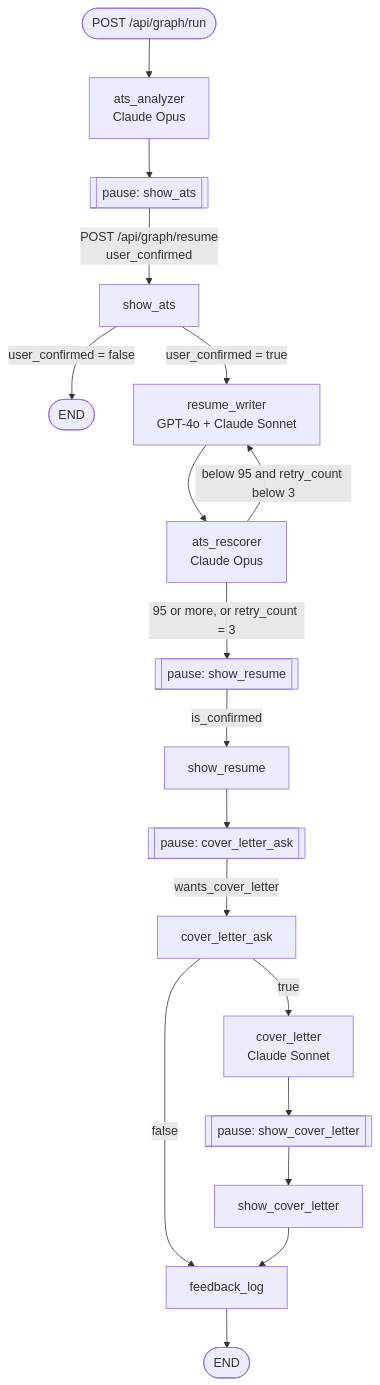
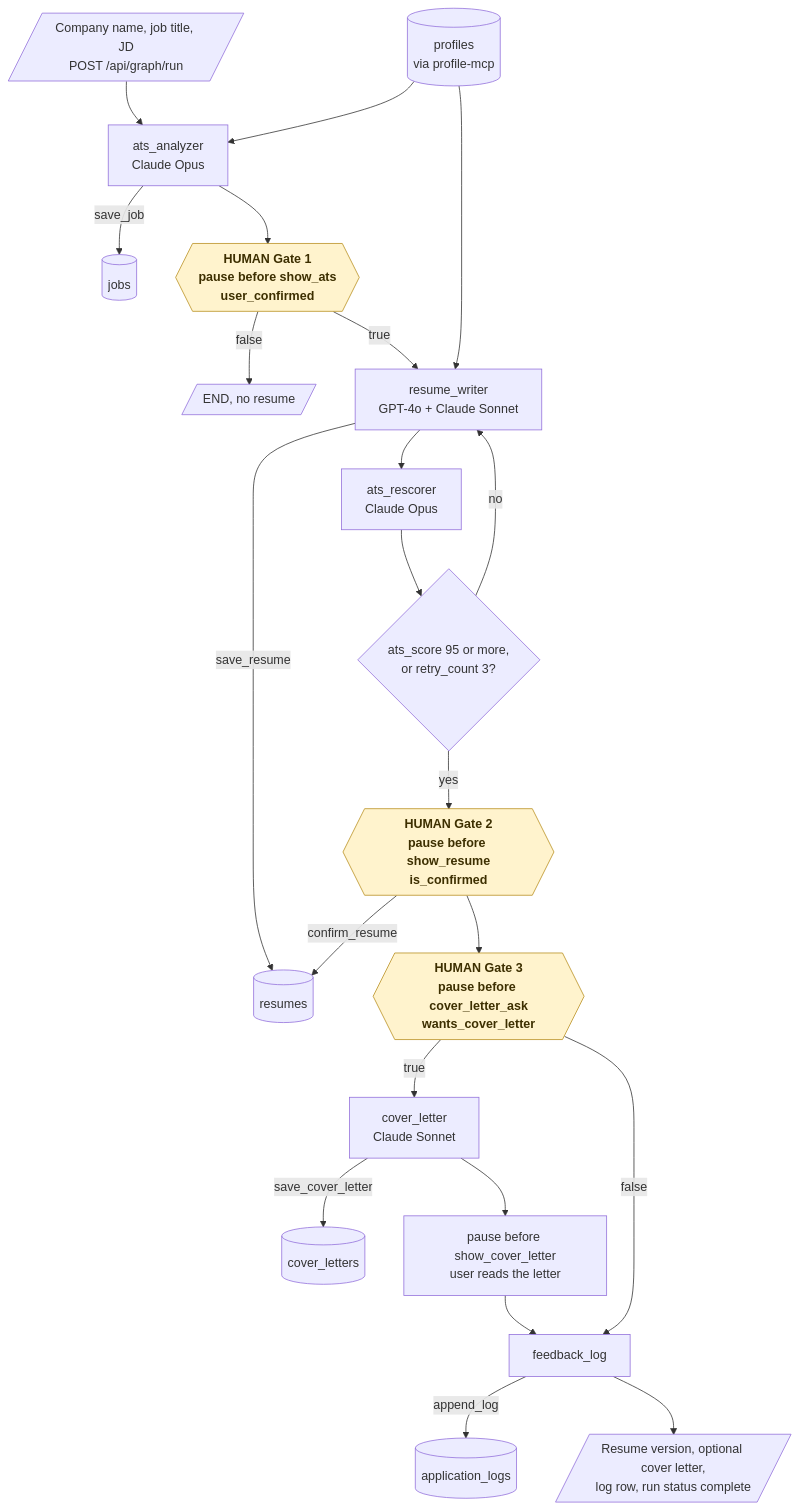
Before and after one commit to KrishnaAnnavaram/ResumeForge-AI: the sixth of 24 diagrams in README.md, drawn with Mermaid. The commit also changed other lines of this file, not shown here.

Commit message:
Add the workflow diagrams to the README

````diff
--- a/README.md
+++ b/README.md
@@ -281,19 +355,27 @@
 ```mermaid
-flowchart TB
-    START(["POST /api/graph/run"]) --> ATS["ats_analyzer<br/>Claude Opus"]
-    ATS --> P1[["pause: show_ats"]]
-    P1 -- "POST /api/graph/resume<br/>user_confirmed" --> SA["show_ats"]
-    SA -- "user_confirmed = false" --> E1(["END"])
-    SA -- "user_confirmed = true" --> RW["resume_writer<br/>GPT-4o + Claude Sonnet"]
+flowchart TD
+    JD[/"Company name, job title, JD<br/>POST /api/graph/run"/] --> ATS["ats_analyzer<br/>Claude Opus"]
+    PROF[("profiles<br/>via profile-mcp")] --> ATS
+    PROF --> RW
+    ATS -- "save_job" --> JOBS[("jobs")]
+    ATS --> G1{{"HUMAN Gate 1<br/>pause before show_ats<br/>user_confirmed"}}
+    G1 -- "false" --> E1[/"END, no resume"/]
+    G1 -- "true" --> RW["resume_writer<br/>GPT-4o + Claude Sonnet"]
+    RW -- "save_resume" --> RES[("resumes")]
     RW --> RS["ats_rescorer<br/>Claude Opus"]
-    RS -- "below 95 and retry_count below 3" --> RW
-    RS -- "95 or more, or retry_count = 3" --> P2[["pause: show_resume"]]
-    P2 -- "is_confirmed" --> SR["show_resume"]
-    SR --> P3[["pause: cover_letter_ask"]]
-    P3 -- "wants_cover_letter" --> CA["cover_letter_ask"]
-    CA -- "true" --> CL["cover_letter<br/>Claude Sonnet"]
-    CA -- "false" --> FL["feedback_log"]
-    CL --> P4[["pause: show_cover_letter"]]
-    P4 --> SC["show_cover_letter"] --> FL
-    FL --> E2(["END"])
+    RS --> D1{"ats_score 95 or more,<br/>or retry_count 3?"}
+    D1 -- "no" --> RW
+    D1 -- "yes" --> G2{{"HUMAN Gate 2<br/>pause before show_resume<br/>is_confirmed"}}
+    G2 -- "confirm_resume" --> RES
+    G2 --> G3{{"HUMAN Gate 3<br/>pause before cover_letter_ask<br/>wants_cover_letter"}}
+    G3 -- "true" --> CL["cover_letter<br/>Claude Sonnet"]
+    G3 -- "false" --> FL["feedback_log"]
+    CL -- "save_cover_letter" --> CLS[("cover_letters")]
+    CL --> P4["pause before show_cover_letter<br/>user reads the letter"]
+    P4 --> FL
+    FL -- "append_log" --> LOG[("application_logs")]
+    FL --> OUT[/"Resume version, optional cover letter,<br/>log row, run status complete"/]
+
+    classDef human fill:#fff3cd,stroke:#b8901f,color:#3d2f00,font-weight:bold
+    class G1,G2,G3 human
 ```
````
